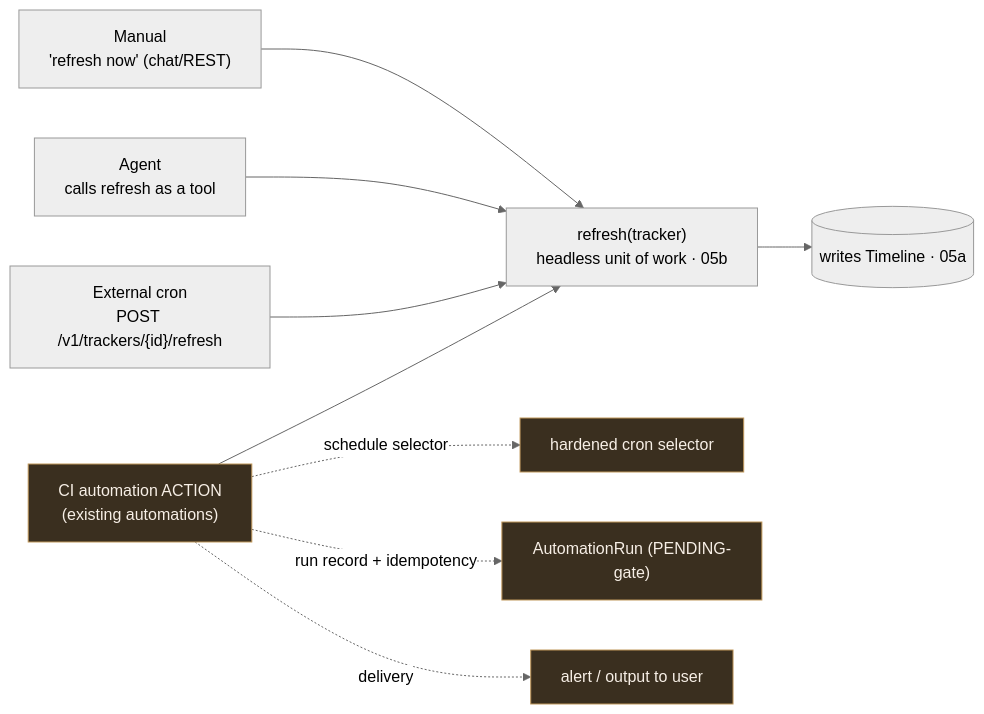
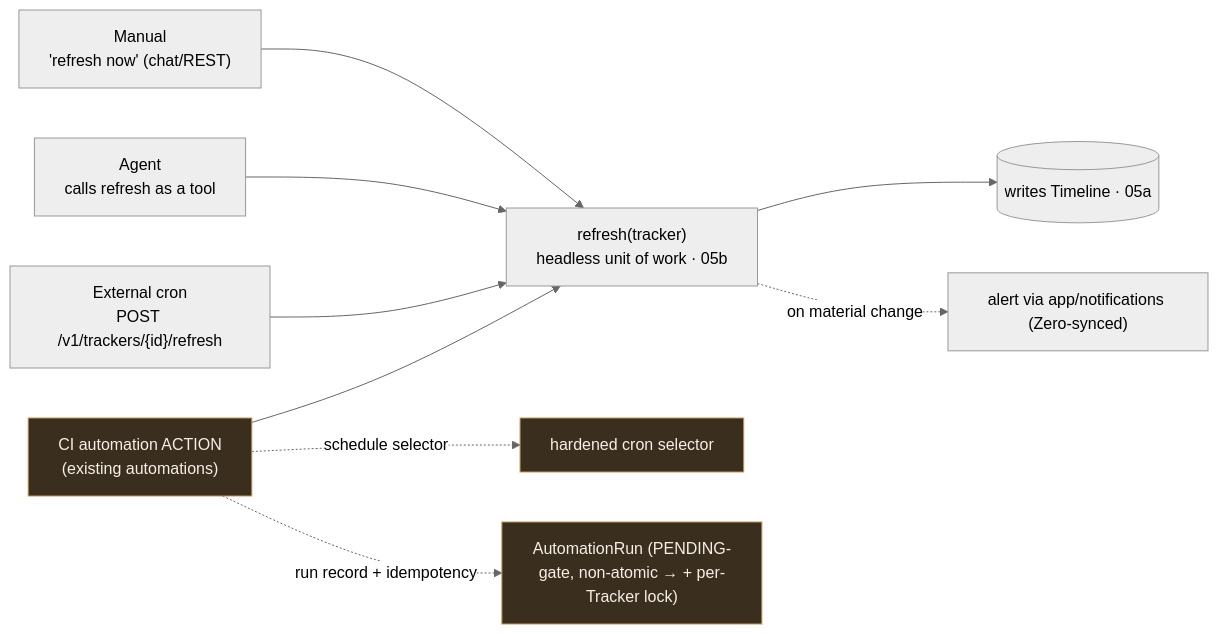
Before and after one commit to MODSetter/SurfSense: the seventh of 8 diagrams in plans/backend/revamp phases 4-7/00b-pipeline-diagrams.md, drawn with Mermaid (neutral theme). The commit also changed other lines of this file and 1 other file, not shown here.

Commit message:
docs(plans): finish delivery-path correction in diagrams + overview
Two spots the prior citation pass missed still framed alert delivery as reused from automations. Align them with the committed correction: recurrence/audit reuse automations; alerts ride app/notifications; per-Tracker lock guards concurrency (gate is non-atomic). Also genericize the Maps actor as not-committed-for-MVP.

````diff
--- a/plans/backend/revamp phases 4-7/00b-pipeline-diagrams.md
+++ b/plans/backend/revamp phases 4-7/00b-pipeline-diagrams.md
@@ -147,15 +147,15 @@
 ```mermaid
 flowchart LR
   M["Manual<br/>'refresh now' (chat/REST)"] --> RF["refresh(tracker)<br/>headless unit of work · 05b"]
   AG["Agent<br/>calls refresh as a tool"] --> RF
   XC["External cron<br/>POST /v1/trackers/{id}/refresh"] --> RF
   CA["CI automation ACTION<br/>(existing automations)"] --> RF
   RF --> TLW[("writes Timeline · 05a")]
 
   CA -. "schedule selector" .-> SEL["hardened cron selector"]
-  CA -. "run record + idempotency" .-> AR["AutomationRun (PENDING-gate)"]
-  CA -. "delivery" .-> DEL["alert / output to user"]
+  CA -. "run record + idempotency" .-> AR["AutomationRun (PENDING-gate, non-atomic → + per-Tracker lock)"]
+  RF -. "on material change" .-> DEL["alert via app/notifications (Zero-synced)"]
 
   classDef opt fill:#3a2f1f,stroke:#bf975b,color:#f7efe6;
-  class CA,SEL,AR,DEL opt;
+  class CA,SEL,AR opt;
 ```
````
